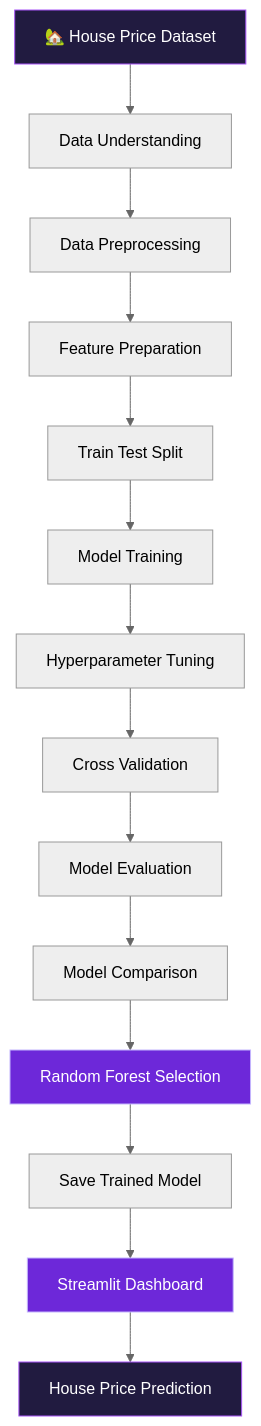
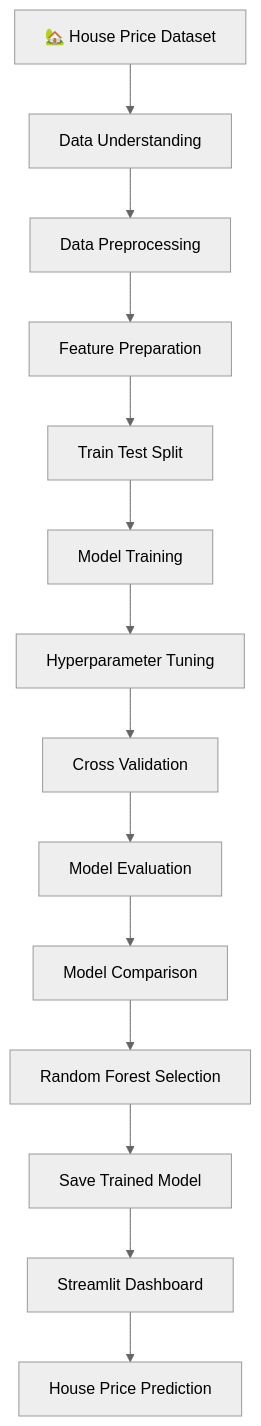
Before and after one commit to vishumovaliya53-cmyk/Supervised-Learning: the first of 2 diagrams in Project 2/redme.md, drawn with Mermaid (neutral theme). The commit also changed other lines of this file and 1 other file, not shown here.

````diff
--- a/Project 2/redme.md
+++ b/Project 2/redme.md
@@ -71,21 +88,16 @@
 ```mermaid
 flowchart TD
     A["🏡 House Price Dataset"] --> B["Data Understanding"]
     B --> C["Data Preprocessing"]
     C --> D["Feature Preparation"]
     D --> E["Train Test Split"]
     E --> F["Model Training"]
     F --> G["Hyperparameter Tuning"]
     G --> H["Cross Validation"]
     H --> I["Model Evaluation"]
     I --> J["Model Comparison"]
     J --> K["Random Forest Selection"]
     K --> L["Save Trained Model"]
     L --> M["Streamlit Dashboard"]
     M --> N["House Price Prediction"]
-
-    style A fill:#211B40,stroke:#A855F7,color:#FFFFFF
-    style K fill:#6D28D9,stroke:#C4B5FD,color:#FFFFFF
-    style M fill:#6D28D9,stroke:#C4B5FD,color:#FFFFFF
-    style N fill:#211B40,stroke:#A855F7,color:#FFFFFF
 ```
````
